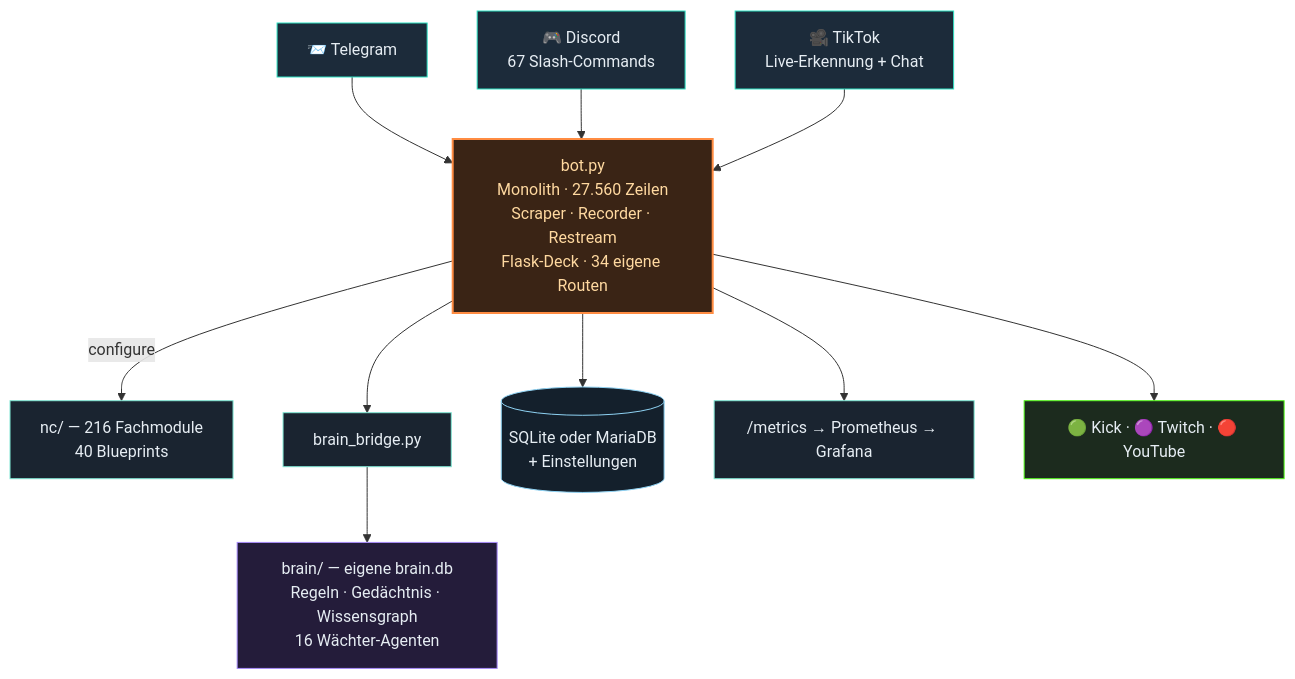
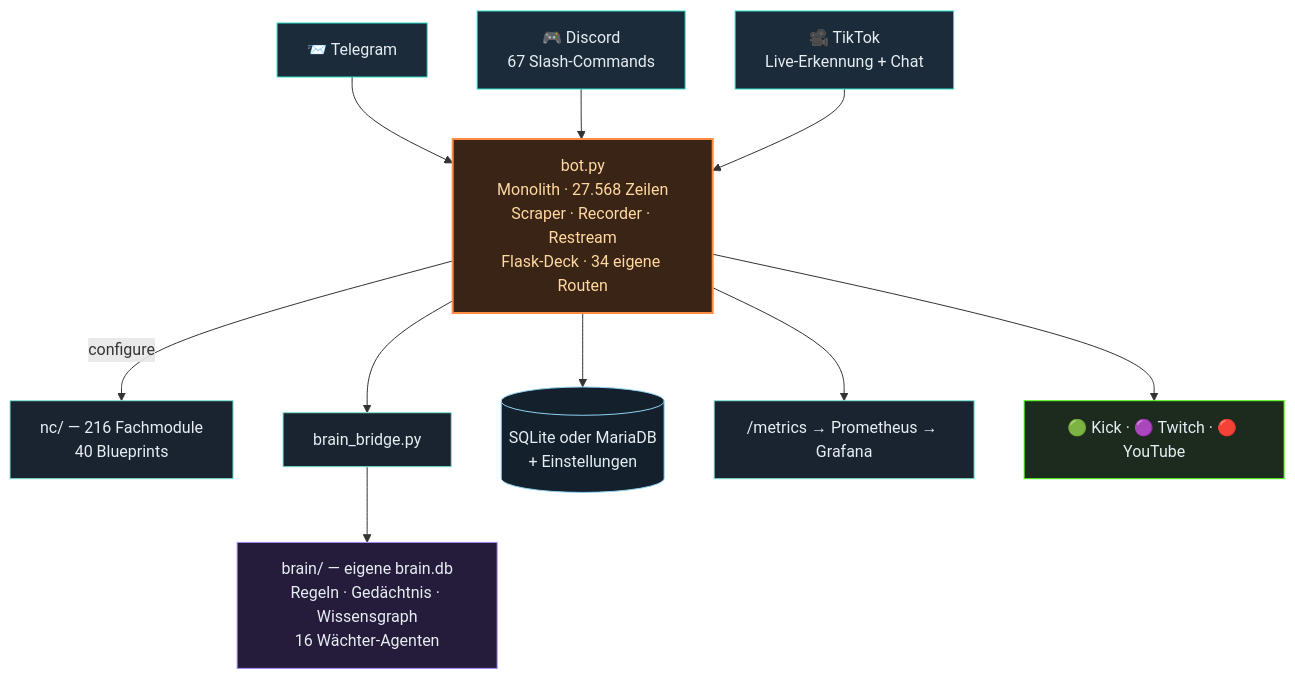
One commit to itsamemedev/Telegram-Stream-Info-Bot changed the second of 3 diagrams in README.md. Above: the diagram before and after it, drawn with Mermaid. The commit also changed other lines of this file and 11 other files, not shown here.

````diff
--- a/README.md
+++ b/README.md
@@ -118,19 +118,19 @@
 ```mermaid
 flowchart TB
     TG["📨 Telegram"]:::ein --> BOT
     DC["🎮 Discord<br/>67 Slash-Commands"]:::ein --> BOT
     TT["🎥 TikTok<br/>Live-Erkennung + Chat"]:::ein --> BOT
-    BOT["bot.py<br/>Monolith · 27.560 Zeilen<br/>Scraper · Recorder · Restream<br/>Flask-Deck · 34 eigene Routen"]:::core
+    BOT["bot.py<br/>Monolith · 27.568 Zeilen<br/>Scraper · Recorder · Restream<br/>Flask-Deck · 34 eigene Routen"]:::core
     BOT -->|configure| NC["nc/ — 216 Fachmodule<br/>40 Blueprints"]:::lib
     BOT --> BR["brain_bridge.py"]:::lib
     BR --> BRAIN["brain/ — eigene brain.db<br/>Regeln · Gedächtnis · Wissensgraph<br/>16 Wächter-Agenten"]:::brain
     BOT --> DB[("SQLite oder MariaDB<br/>+ Einstellungen")]:::db
     BOT --> PROM["/metrics → Prometheus → Grafana"]:::lib
     BOT --> OUT["🟢 Kick · 🟣 Twitch · 🔴 YouTube"]:::out
     classDef ein fill:#1c2b3a,stroke:#2de1c2,color:#e6edf3
     classDef core fill:#3a2415,stroke:#ff8c42,stroke-width:2px,color:#ffd9a0
     classDef lib fill:#1a2430,stroke:#7fe7d4,color:#e6edf3
     classDef brain fill:#241c3a,stroke:#a78bfa,color:#e6edf3
     classDef db fill:#14202c,stroke:#8fd3f4,color:#e6edf3
     classDef out fill:#1c2b1e,stroke:#53fc18,color:#e6edf3
 ```
````
